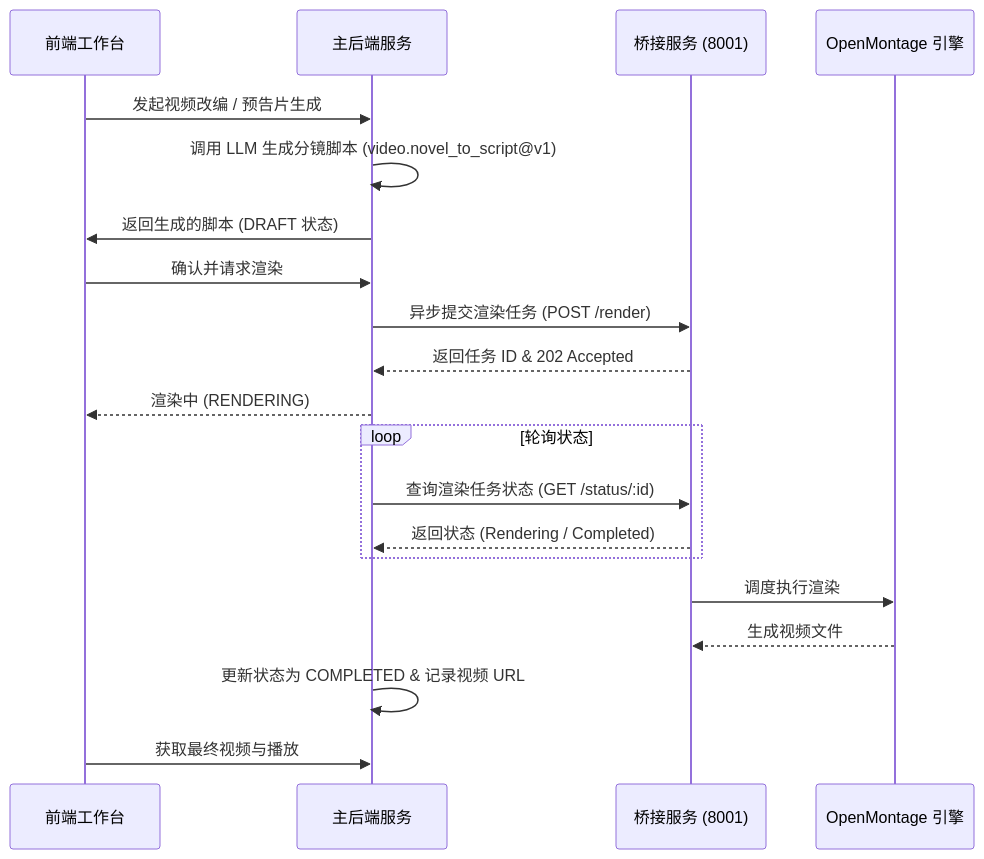
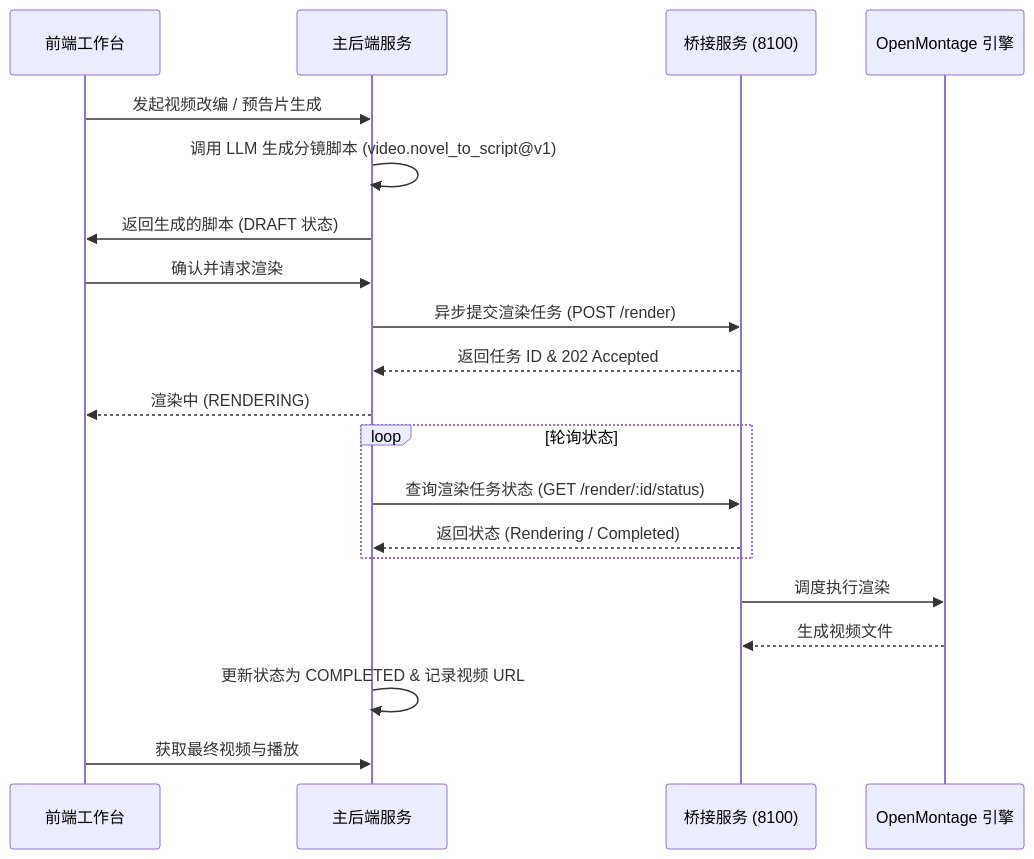
Before and after one commit to ExplosiveCoderflome/AI-Novel-Writing-Assistant: the diagram in docs/design/video-adaptation-openmontage-design-v1.md, drawn with Mermaid. The commit also changed 12 other files, not shown here.

````diff
--- a/docs/design/video-adaptation-openmontage-design-v1.md
+++ b/docs/design/video-adaptation-openmontage-design-v1.md
@@ -12,23 +12,23 @@
 ```mermaid
 sequenceDiagram
     participant Frontend as 前端工作台
     participant MainServer as 主后端服务
-    participant Bridge as 桥接服务 (8001)
+    participant Bridge as 桥接服务 (8100)
     participant OpenMontage as OpenMontage 引擎
 
     Frontend->>MainServer: 发起视频改编 / 预告片生成
     MainServer->>MainServer: 调用 LLM 生成分镜脚本 (video.novel_to_script@v1)
     MainServer->>Frontend: 返回生成的脚本 (DRAFT 状态)
     Frontend->>MainServer: 确认并请求渲染
     MainServer->>Bridge: 异步提交渲染任务 (POST /render)
     Bridge-->>MainServer: 返回任务 ID & 202 Accepted
     MainServer-->>Frontend: 渲染中 (RENDERING)
     loop 轮询状态
-        MainServer->>Bridge: 查询渲染任务状态 (GET /status/:id)
+        MainServer->>Bridge: 查询渲染任务状态 (GET /render/:id/status)
         Bridge-->>MainServer: 返回状态 (Rendering / Completed)
     end
     Bridge->>OpenMontage: 调度执行渲染
     OpenMontage-->>Bridge: 生成视频文件
     MainServer->>MainServer: 更新状态为 COMPLETED & 记录视频 URL
     Frontend->>MainServer: 获取最终视频与播放
 ```
````
